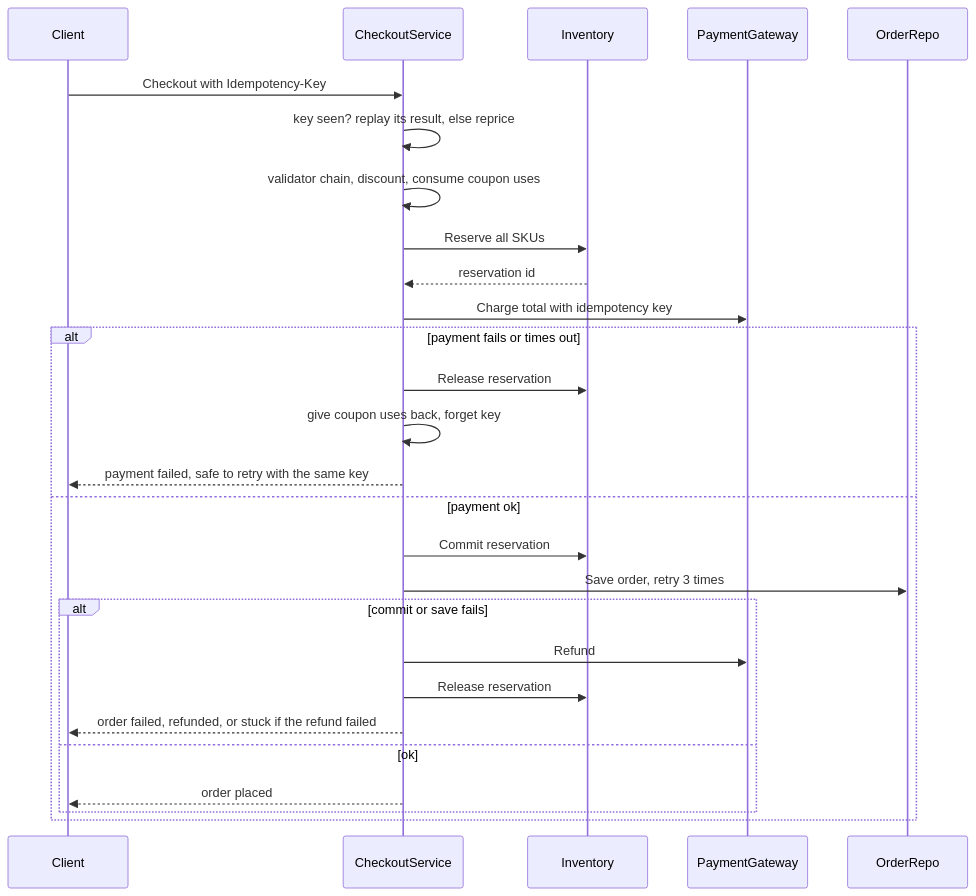
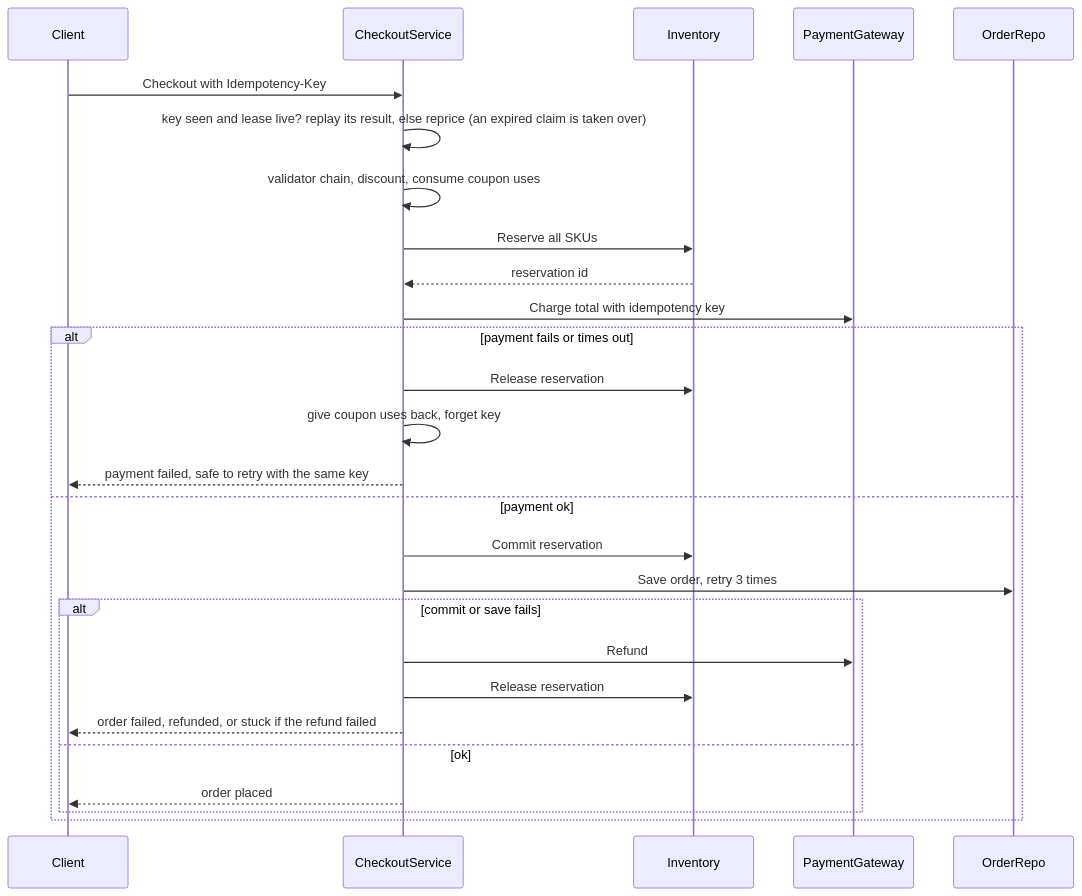
Before and after one commit to PriyanshuMidha/System_Design_notes: the third of 3 diagrams in 17 LLD/Practice/Cart Checkout with Coupons.md, drawn with Mermaid. The commit also changed other lines of this file and 250 other files, not shown here.

````diff
--- a/17 LLD/Practice/Cart Checkout with Coupons.md
+++ b/17 LLD/Practice/Cart Checkout with Coupons.md
@@ -276,29 +299,29 @@
 ```mermaid
 sequenceDiagram
     participant C as Client
     participant CS as CheckoutService
     participant I as Inventory
     participant P as PaymentGateway
     participant R as OrderRepo
     C->>CS: Checkout with Idempotency-Key
-    CS->>CS: key seen? replay its result, else reprice
+    CS->>CS: key seen and lease live? replay its result, else reprice (an expired claim is taken over)
     CS->>CS: validator chain, discount, consume coupon uses
     CS->>I: Reserve all SKUs
     I-->>CS: reservation id
     CS->>P: Charge total with idempotency key
     alt payment fails or times out
         CS->>I: Release reservation
         CS->>CS: give coupon uses back, forget key
         CS-->>C: payment failed, safe to retry with the same key
     else payment ok
         CS->>I: Commit reservation
         CS->>R: Save order, retry 3 times
         alt commit or save fails
             CS->>P: Refund
             CS->>I: Release reservation
             CS-->>C: order failed, refunded, or stuck if the refund failed
         else ok
             CS-->>C: order placed
         end
     end
 ```
````
